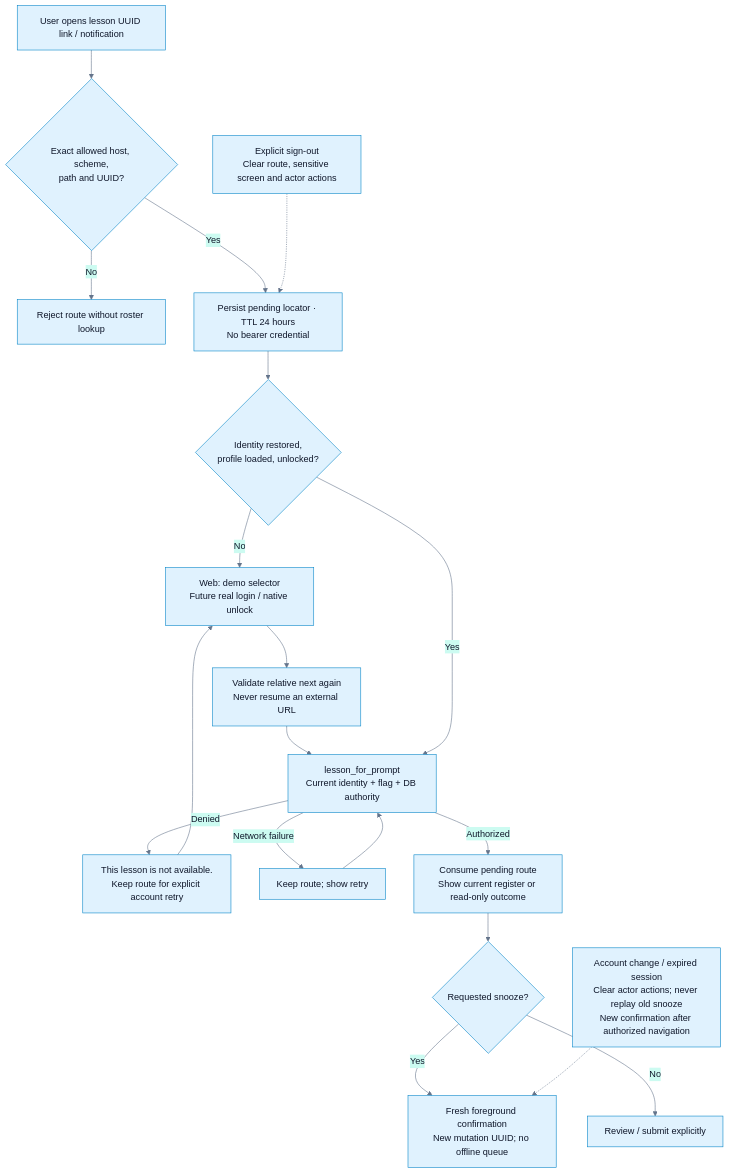
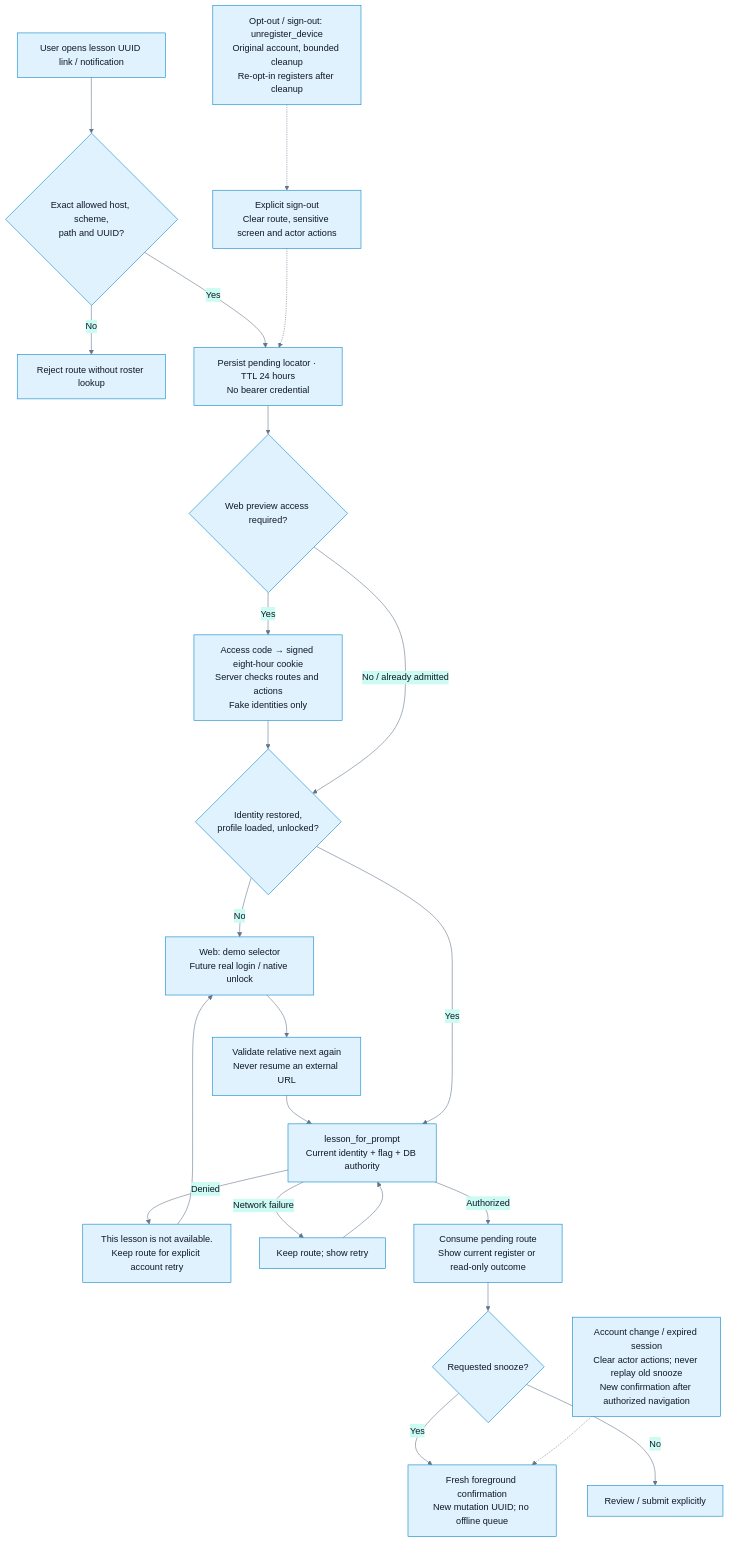
The diagram in docs/teacher-prompts/diagrams/auth-route.mmd (thegoodcompany-sst/TAVAttendance), drawn with Mermaid before and after one commit. The commit also changed 77 other files, not shown here.

Commit message:
Teacher prompts: fix review findings (ACL hardening, calendar edge cases, coalesced recovery, 3-tap all-present submit, device unregister, preview guard), refresh docs/diagrams/strings, natural demo timing

```diff
--- a/docs/teacher-prompts/diagrams/auth-route.mmd
+++ b/docs/teacher-prompts/diagrams/auth-route.mmd
@@ -1,20 +1,24 @@
 %%{init: {"theme":"base","themeVariables":{"primaryColor":"#e0f2fe","primaryTextColor":"#0f172a","primaryBorderColor":"#0284c7","lineColor":"#64748b","secondaryColor":"#ccfbf1","tertiaryColor":"#ede9fe","noteBkgColor":"#ede9fe","noteBorderColor":"#64748b","noteTextColor":"#0f172a","background":"#ffffff","fontFamily":"Arial","fontSize":"16px"}}}%%
 flowchart TD
     Link["User opens lesson UUID link / notification"] --> Parse{"Exact allowed host, scheme,<br/>path and UUID?"}
     Parse -->|No| Reject["Reject route without roster lookup"]
     Parse -->|Yes| Pending["Persist pending locator · TTL 24 hours<br/>No bearer credential"]
-    Pending --> Auth{"Identity restored,<br/>profile loaded, unlocked?"}
+    Pending --> Gate{"Web preview access required?"}
+    Gate -->|Yes| Code["Access code → signed eight-hour cookie<br/>Server checks routes and actions<br/>Fake identities only"]
+    Code --> Auth
+    Gate -->|No / already admitted| Auth{"Identity restored,<br/>profile loaded, unlocked?"}
     Auth -->|No| Login["Web: demo selector<br/>Future real login / native unlock"]
     Login --> Validate["Validate relative next again<br/>Never resume an external URL"]
     Validate --> Resolve
     Auth -->|Yes| Resolve["lesson_for_prompt<br/>Current identity + flag + DB authority"]
     Resolve -->|Denied| Denied["This lesson is not available.<br/>Keep route for explicit account retry"]
     Resolve -->|Network failure| Retry["Keep route; show retry"]
     Denied --> Login
     Retry --> Resolve
     Resolve -->|Authorized| Ready["Consume pending route<br/>Show current register or read-only outcome"]
     Ready --> Action{"Requested snooze?"}
     Action -->|Yes| Confirm["Fresh foreground confirmation<br/>New mutation UUID; no offline queue"]
     Action -->|No| Review["Review / submit explicitly"]
     Signout["Explicit sign-out<br/>Clear route, sensitive screen and actor actions"] -.-> Pending
     Change["Account change / expired session<br/>Clear actor actions; never replay old snooze<br/>New confirmation after authorized navigation"] -.-> Confirm
+    Revoke["Opt-out / sign-out: unregister_device<br/>Original account, bounded cleanup<br/>Re-opt-in registers after cleanup"] -.-> Signout
```
